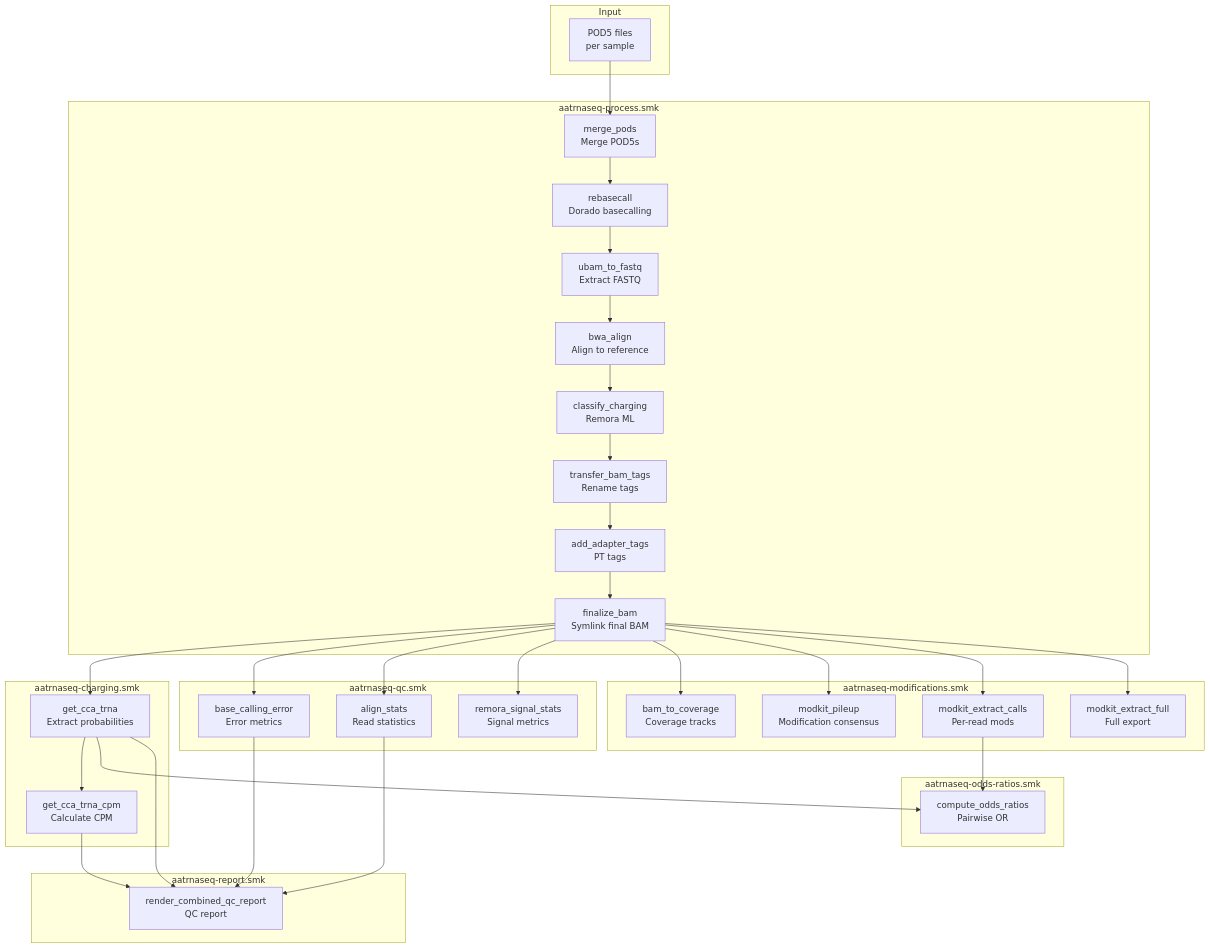
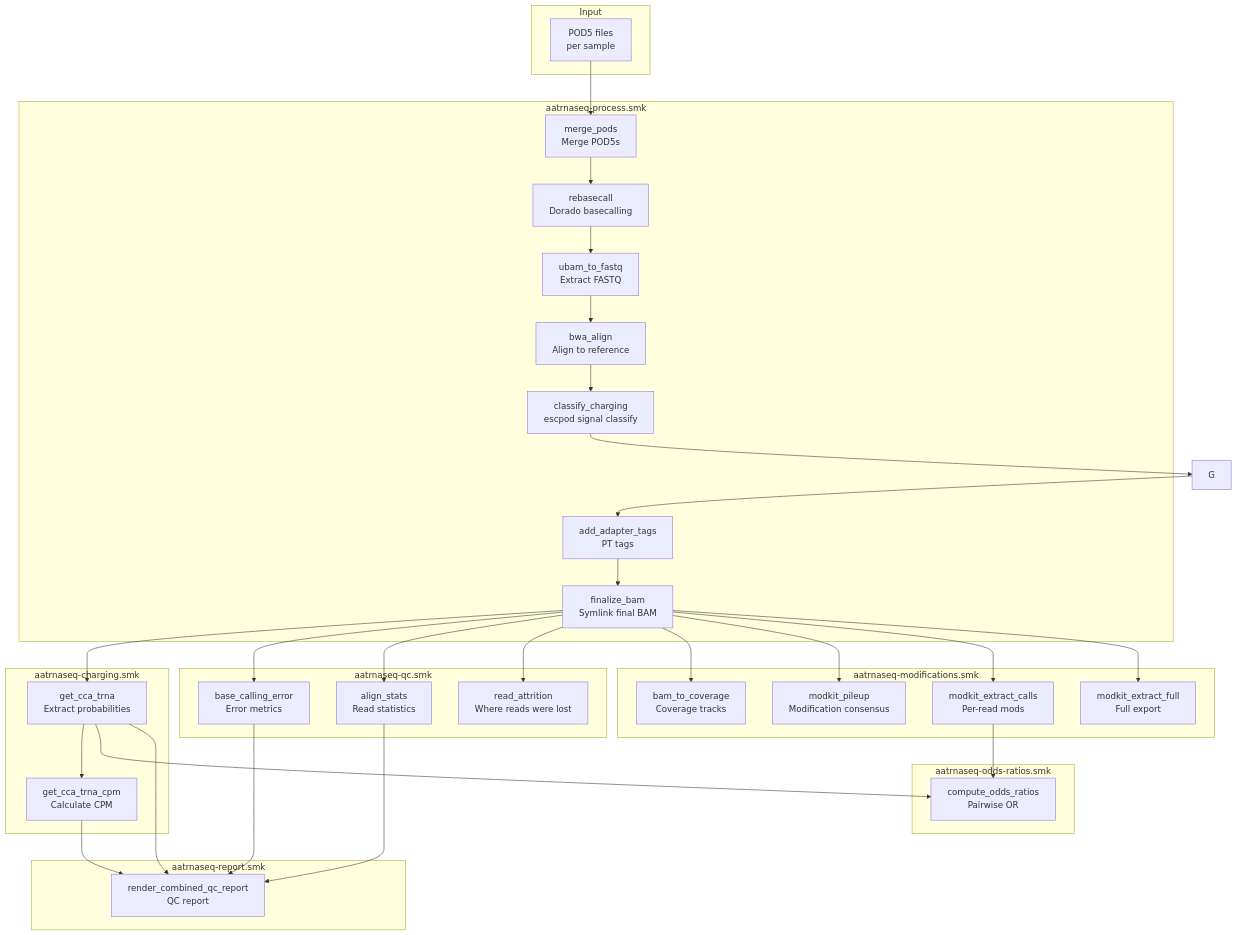
One commit to rnabioco/aa-tRNA-seq-pipeline changed the second of 3 diagrams in docs/workflow/overview.md. Above: the diagram before and after it, drawn with Mermaid. The commit also changed other lines of this file and 51 other files, not shown here.

Commit message:
feat(charging)!: replace remora with escpod signal classify, retire remora (#117)

````diff
--- a/docs/workflow/overview.md
+++ b/docs/workflow/overview.md
@@ -35,60 +35,59 @@
 ```mermaid
 flowchart TB
     subgraph Input
         A[POD5 files<br/>per sample]
     end
 
     subgraph Processing[aatrnaseq-process.smk]
         B[merge_pods<br/>Merge POD5s]
         C[rebasecall<br/>Dorado basecalling]
         D[ubam_to_fastq<br/>Extract FASTQ]
         E[bwa_align<br/>Align to reference]
-        F[classify_charging<br/>Remora ML]
-        G[transfer_bam_tags<br/>Rename tags]
+        F[classify_charging<br/>escpod signal classify]
         G2[add_adapter_tags<br/>PT tags]
         G3[finalize_bam<br/>Symlink final BAM]
     end
 
     subgraph Charging[aatrnaseq-charging.smk]
         H[get_cca_trna<br/>Extract probabilities]
         I[get_cca_trna_cpm<br/>Calculate CPM]
     end
 
     subgraph QC[aatrnaseq-qc.smk]
         J[base_calling_error<br/>Error metrics]
         K[align_stats<br/>Read statistics]
-        L[remora_signal_stats<br/>Signal metrics]
+        L[read_attrition<br/>Where reads were lost]
     end
 
     subgraph Mods[aatrnaseq-modifications.smk]
         M[bam_to_coverage<br/>Coverage tracks]
         N[modkit_pileup<br/>Modification consensus]
         O[modkit_extract_calls<br/>Per-read mods]
         P[modkit_extract_full<br/>Full export]
     end
 
     subgraph OddsRatios[aatrnaseq-odds-ratios.smk]
         Q[compute_odds_ratios<br/>Pairwise OR]
     end
 
     subgraph Report[aatrnaseq-report.smk]
         R[render_combined_qc_report<br/>QC report]
     end
 
     A --> B --> C --> D --> E --> F --> G --> G2 --> G3
 
     G3 --> H --> I
     G3 --> J
     G3 --> K
     G3 --> L
     G3 --> M
     G3 --> N
     G3 --> O
     G3 --> P
     O --> Q
     H --> Q
     J --> R
     H --> R
     I --> R
     K --> R
 ```
````
